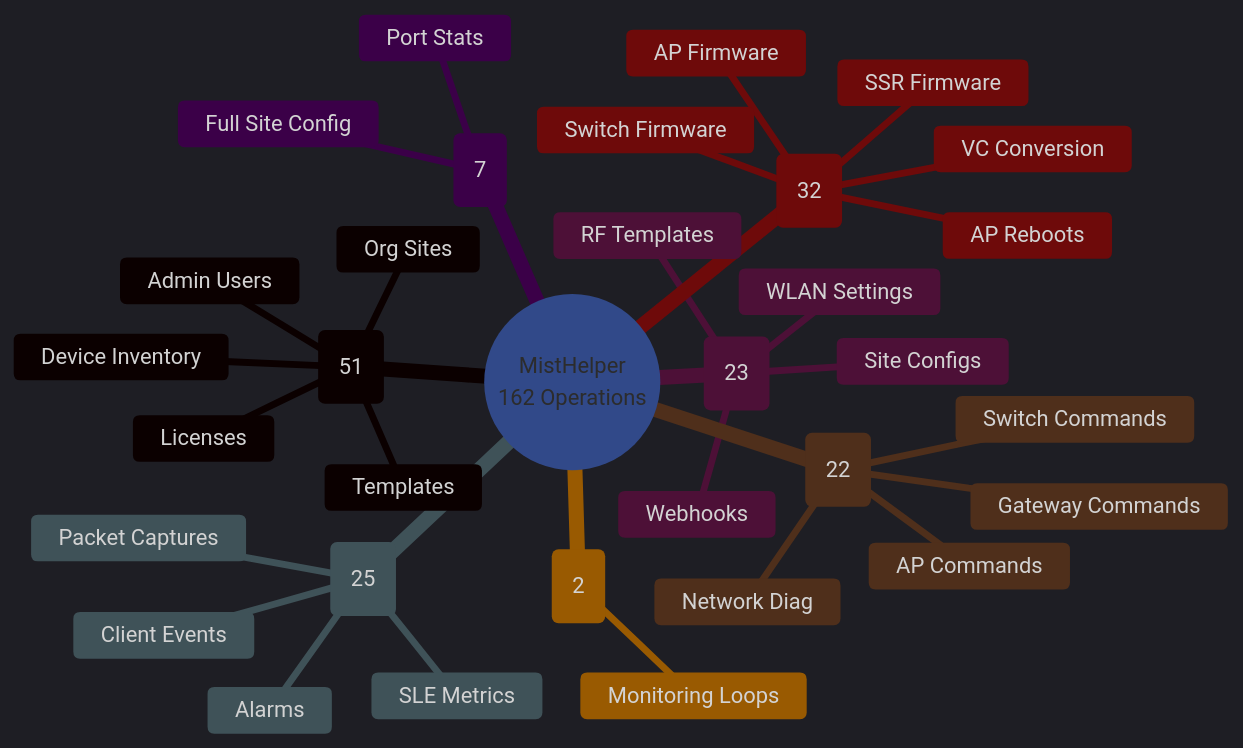
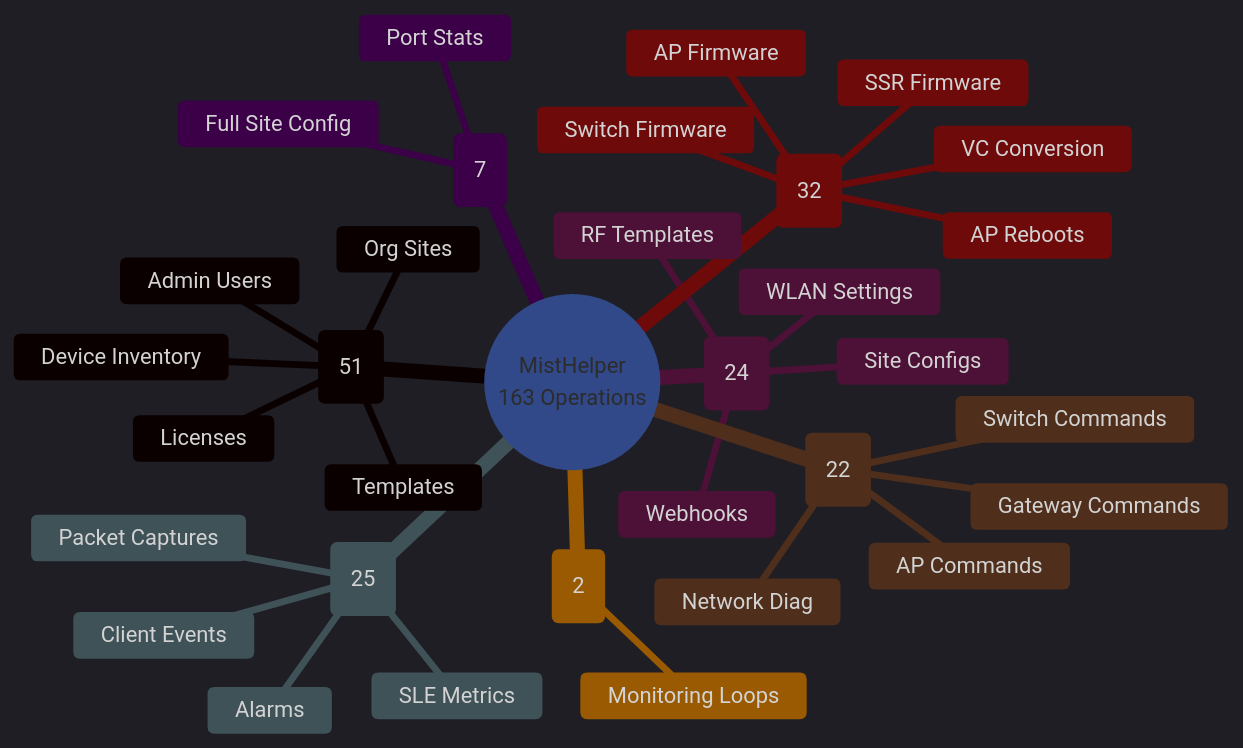
Before and after one commit to jmorrison-juniper/MistHelper: the second of 2 diagrams in README.md, drawn with Mermaid. The commit also changed other lines of this file and 7 other files, not shown here.

First line of the commit message:
feat(MistHelper): add Wired Client Manufacturer Report (Menu 162)

````diff
--- a/README.md
+++ b/README.md
@@ -94,46 +94,46 @@
 ```mermaid
 %%{init: {'theme': 'dark', 'themeVariables': {
   'primaryColor': '#E20074',
   'primaryTextColor': '#E0E0E0',
   'primaryBorderColor': '#99004D',
   'lineColor': '#FF4DA6',
   'secondaryColor': '#16213E',
   'tertiaryColor': '#1A1A2E',
   'fontFamily': 'ui-monospace, monospace'
 }}}%%
 mindmap
-  root((MistHelper<br/>162 Operations))
+  root((MistHelper<br/>163 Operations))
     Safe (51)
       Org Sites
       Device Inventory
       Licenses
       Templates
       Admin Users
-    Interactive Safe (23)
+    Interactive Safe (24)
       Site Configs
       WLAN Settings
       RF Templates
       Webhooks
     Interactive (25)
       Packet Captures
       SLE Metrics
       Client Events
       Alarms
     WebSocket (22)
       AP Commands
       Switch Commands
       Gateway Commands
       Network Diag
     Destructive (32)
       ::icon(fa fa-warning)
       AP Firmware
       Switch Firmware
       SSR Firmware
       AP Reboots
       VC Conversion
     Resource Intensive (7)
       Port Stats
       Full Site Config
     Continuous (2)
       Monitoring Loops
 ```
````
